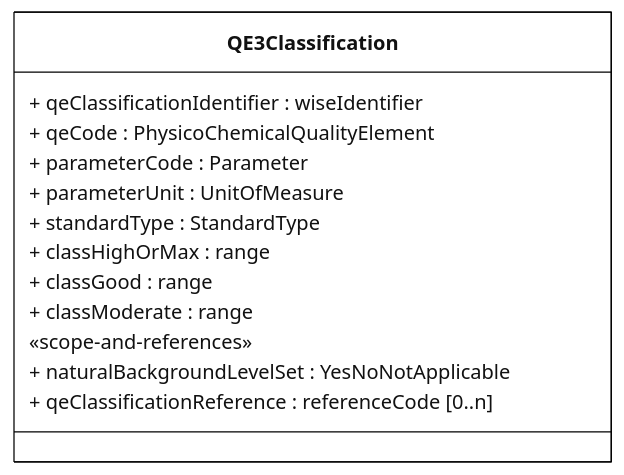
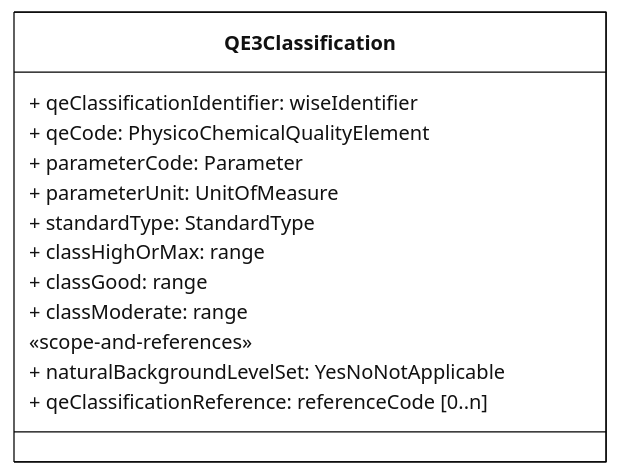
One commit to eeadata/WISE.WFD.Documentation changed the diagram in docs/DataModelReview/mmd/SurfaceWaterMethodologies_4thCycle_QE3Classification_ClassDiagram.mmd. Above: the diagram before and after it, drawn with Mermaid. The commit also changed 49 other files, not shown here.

```diff
--- a/docs/DataModelReview/mmd/SurfaceWaterMethodologies_4thCycle_QE3Classification_ClassDiagram.mmd
+++ b/docs/DataModelReview/mmd/SurfaceWaterMethodologies_4thCycle_QE3Classification_ClassDiagram.mmd
@@ -1,29 +1,29 @@
 ---
 config:
   class:
     hideEmptyMembersBox: true
   layout: dagre
   theme: neutral
 ---
 classDiagram
 direction LR
 
 class QE3Classification{
-+ qeClassificationIdentifier : wiseIdentifier
-+ qeCode : PhysicoChemicalQualityElement
-+ parameterCode : Parameter
-+ parameterUnit : UnitOfMeasure
-+ standardType : StandardType
-+ classHighOrMax : range
-+ classGood : range
-+ classModerate : range
++ qeClassificationIdentifier: wiseIdentifier
++ qeCode: PhysicoChemicalQualityElement
++ parameterCode: Parameter
++ parameterUnit: UnitOfMeasure
++ standardType: StandardType
++ classHighOrMax: range
++ classGood: range
++ classModerate: range
 
 «scope-and-references»
-+ naturalBackgroundLevelSet : YesNoNotApplicable
-+ qeClassificationReference : referenceCode [0..n]
++ naturalBackgroundLevelSet: YesNoNotApplicable
++ qeClassificationReference: referenceCode [0..n]
 }
 
 
 classDef default fill:white,stroke:#000;
 classDef forFixing fill:white,stroke:#f00;
 classDef partial fill:lightyellow,stroke:#000;
```
